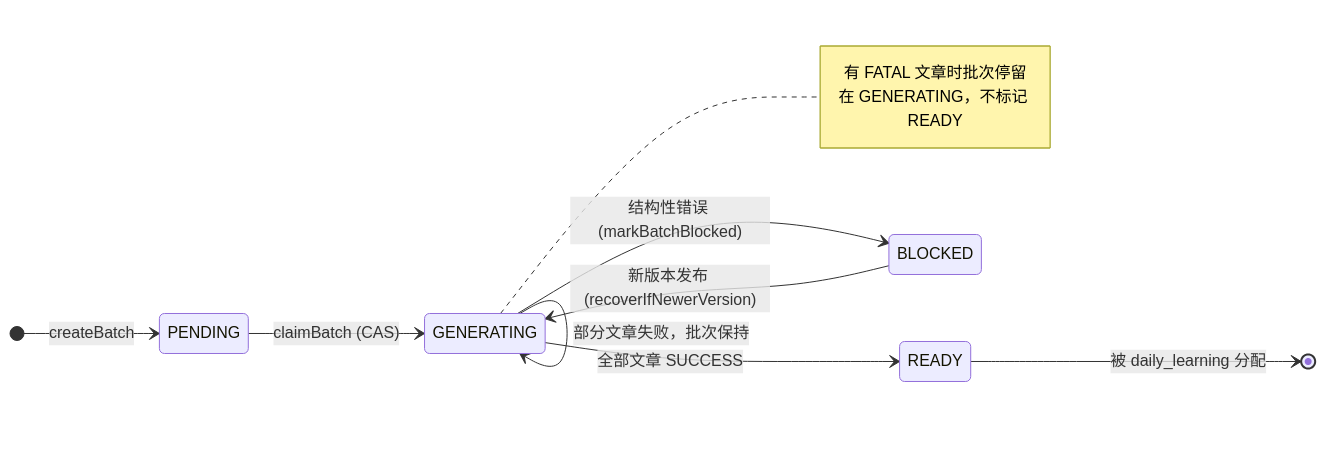
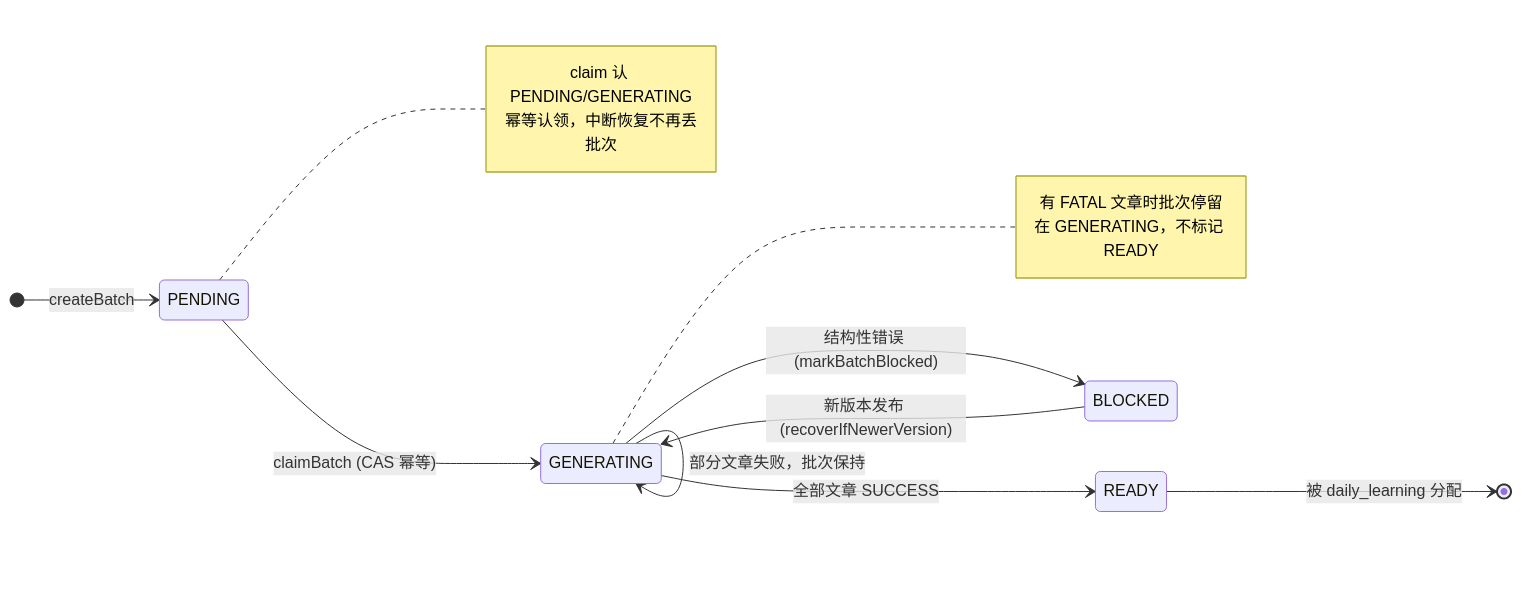
The first of 5 diagrams in impl/app/android/app/docs/文章生成.md (kindywu/contexta), drawn with Mermaid before and after one commit. The commit also changed other lines of this file and 15 other files, not shown here.

````diff
--- a/impl/app/android/app/docs/文章生成.md
+++ b/impl/app/android/app/docs/文章生成.md
@@ -61,12 +61,13 @@
 ```mermaid
 stateDiagram-v2
     direction LR
     [*] --> PENDING: createBatch
-    PENDING --> GENERATING: claimBatch (CAS)
+    PENDING --> GENERATING: claimBatch (CAS 幂等)
     GENERATING --> READY: 全部文章 SUCCESS
     GENERATING --> BLOCKED: 结构性错误 (markBatchBlocked)
     BLOCKED --> GENERATING: 新版本发布 (recoverIfNewerVersion)
     READY --> [*]: 被 daily_learning 分配
     GENERATING --> GENERATING: 部分文章失败，批次保持
     note right of GENERATING: 有 FATAL 文章时批次停留<br/>在 GENERATING，不标记 READY
+    note right of PENDING: claim 认 PENDING/GENERATING<br/>幂等认领，中断恢复不再丢批次
 ```
````
